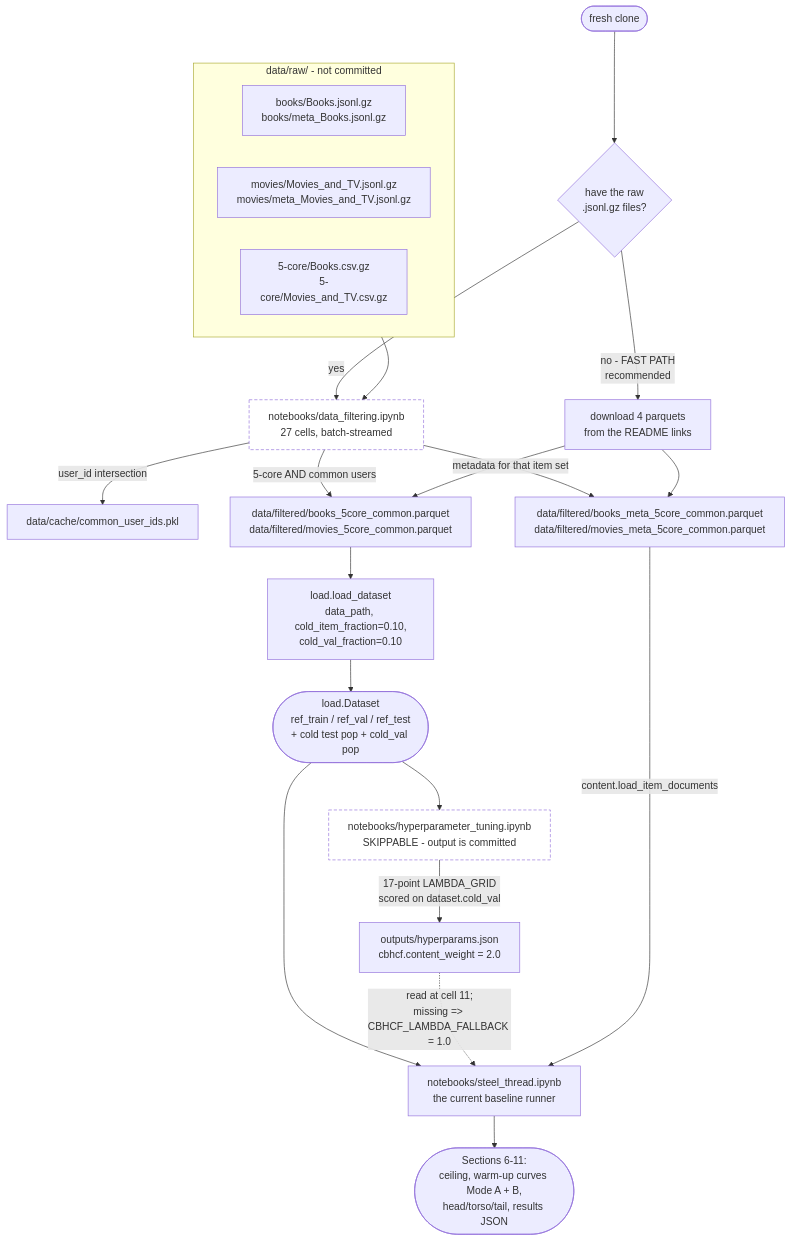
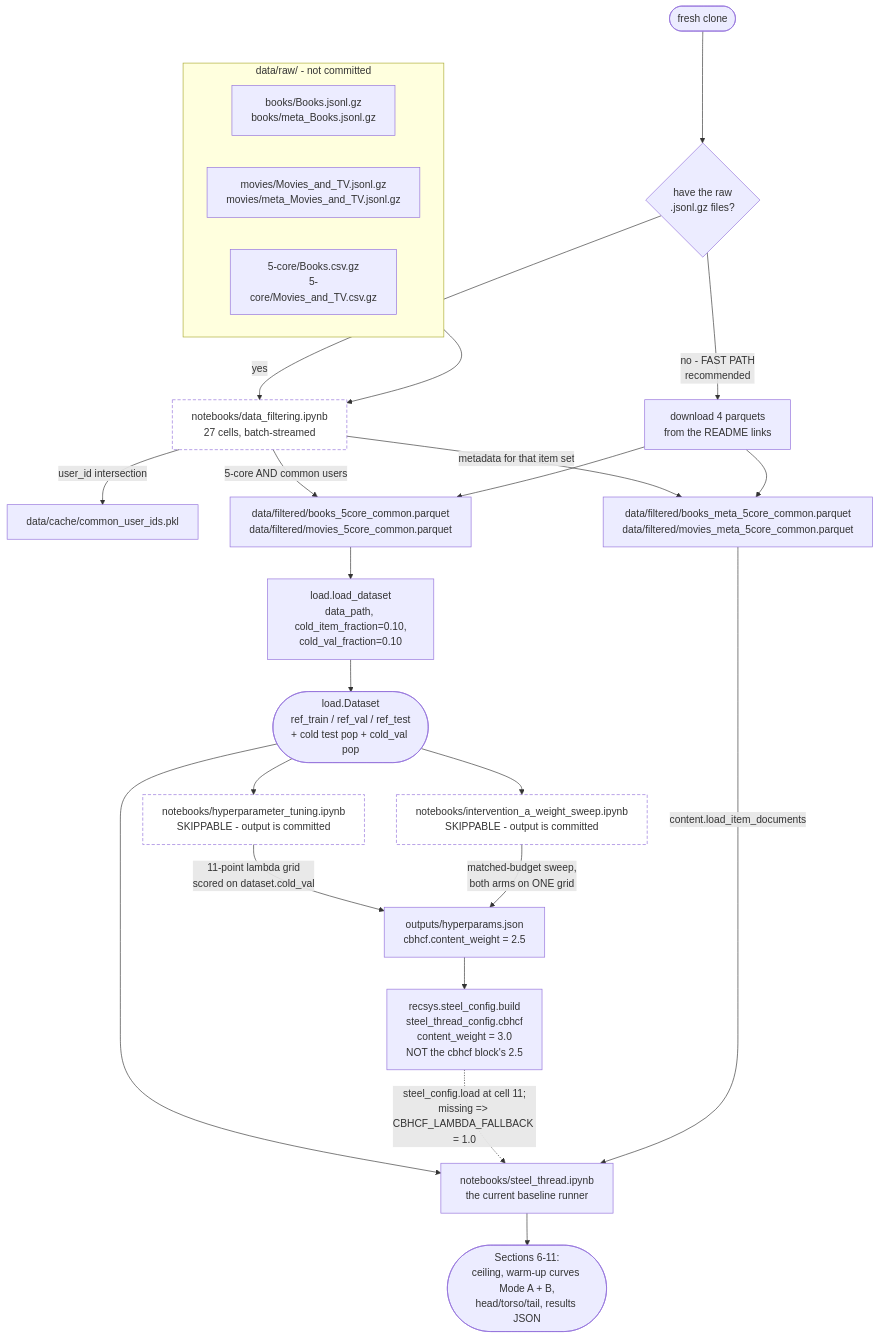
One commit to jessylan/llm-cold-start-recsys changed the diagram in design_documents/01-getting-started.md. Above: the diagram before and after it, drawn with Mermaid. The commit also changed other lines of this file and 6 other files, not shown here.

Commit message:
Run new steel thread and update docs with results

````diff
--- a/design_documents/01-getting-started.md
+++ b/design_documents/01-getting-started.md
@@ -15,34 +15,39 @@
 ```mermaid
 flowchart TD
     subgraph RAW["data/raw/ - not committed"]
         R1["books/Books.jsonl.gz<br/>books/meta_Books.jsonl.gz"]
         R2["movies/Movies_and_TV.jsonl.gz<br/>movies/meta_Movies_and_TV.jsonl.gz"]
         R3["5-core/Books.csv.gz<br/>5-core/Movies_and_TV.csv.gz"]
     end
 
     START(["fresh clone"]) --> Q{"have the raw<br/>.jsonl.gz files?"}
     Q -->|"no - FAST PATH<br/>recommended"| DL["download 4 parquets<br/>from the README links"]
     Q -->|"yes"| NB1
 
     RAW --> NB1["notebooks/data_filtering.ipynb<br/>27 cells, batch-streamed"]
     NB1 -->|"user_id intersection"| C1["data/cache/common_user_ids.pkl"]
     NB1 -->|"5-core AND common users"| F1["data/filtered/books_5core_common.parquet<br/>data/filtered/movies_5core_common.parquet"]
     NB1 -->|"metadata for that item set"| F2["data/filtered/books_meta_5core_common.parquet<br/>data/filtered/movies_meta_5core_common.parquet"]
     DL --> F1
     DL --> F2
 
     F1 --> LD["load.load_dataset<br/>data_path, cold_item_fraction=0.10,<br/>cold_val_fraction=0.10"]
     LD --> DS(["load.Dataset<br/>ref_train / ref_val / ref_test<br/>+ cold test pop + cold_val pop"])
 
     DS --> NB2["notebooks/hyperparameter_tuning.ipynb<br/>SKIPPABLE - output is committed"]
-    NB2 -->|"17-point LAMBDA_GRID<br/>scored on dataset.cold_val"| HP["outputs/hyperparams.json<br/>cbhcf.content_weight = 2.0"]
+    NB2 -->|"11-point lambda grid<br/>scored on dataset.cold_val"| HP["outputs/hyperparams.json<br/>cbhcf.content_weight = 2.5"]
+
+    DS --> NBW["notebooks/intervention_a_weight_sweep.ipynb<br/>SKIPPABLE - output is committed"]
+    NBW -->|"matched-budget sweep,<br/>both arms on ONE grid"| HP
+
+    HP --> SC["recsys.steel_config.build<br/>steel_thread_config.cbhcf<br/>content_weight = 3.0<br/>NOT the cbhcf block's 2.5"]
 
     DS --> NB3["notebooks/steel_thread.ipynb<br/>the current baseline runner"]
-    HP -.->|"read at cell 11;<br/>missing =&gt; CBHCF_LAMBDA_FALLBACK = 1.0"| NB3
+    SC -.->|"steel_config.load at cell 11;<br/>missing =&gt; CBHCF_LAMBDA_FALLBACK = 1.0"| NB3
     F2 -->|"content.load_item_documents"| NB3
 
     NB3 --> OUT(["Sections 6-11:<br/>ceiling, warm-up curves Mode A + B,<br/>head/torso/tail, results JSON"])
 
     classDef skip fill:none,stroke-dasharray: 5 3
-    class NB1,NB2 skip
+    class NB1,NB2,NBW skip
 ```
````
